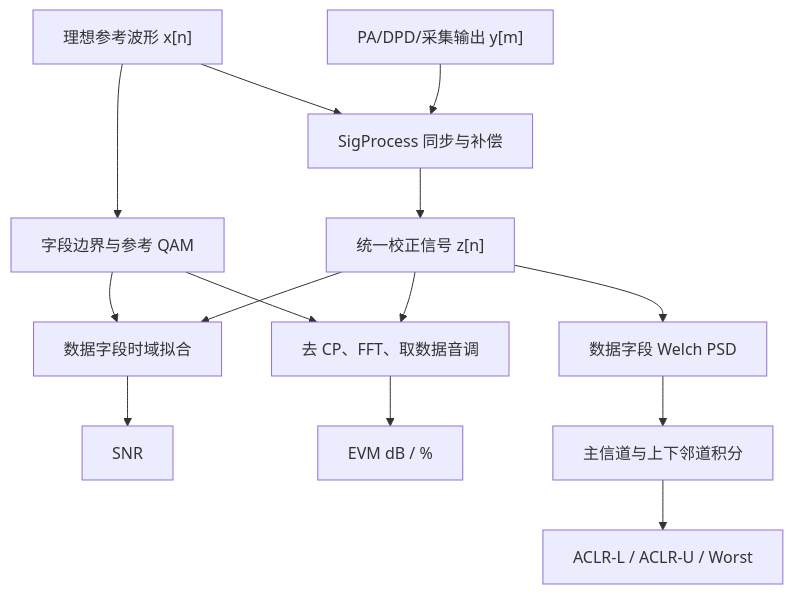
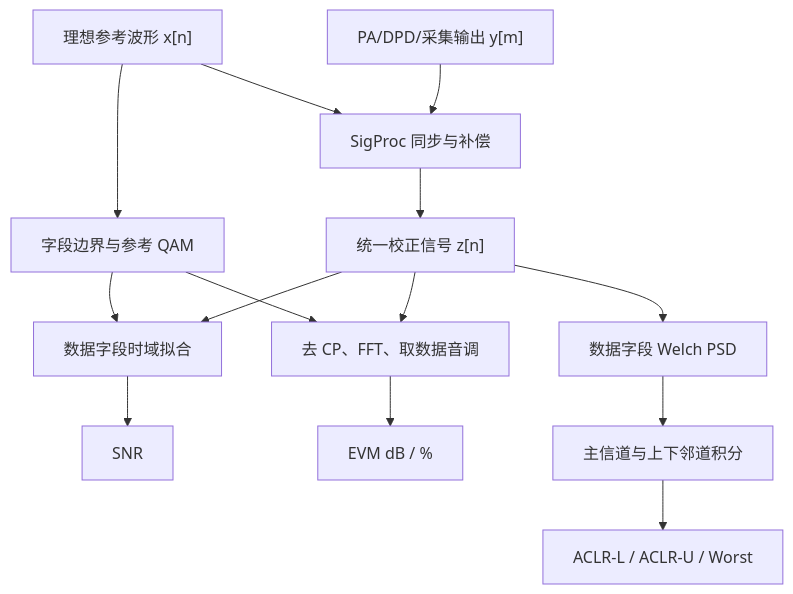
One commit to niyilu45/DPD_ILC changed the first of 9 diagrams in doc/Analysis.md. Above: the diagram before and after it, drawn with Mermaid. The commit also changed other lines of this file and 19 other files, not shown here.

````diff
--- a/doc/Analysis.md
+++ b/doc/Analysis.md
@@ -16,16 +16,16 @@
 ```mermaid
 flowchart TB
     A["理想参考波形 x[n]"] --> B["字段边界与参考 QAM"]
-    C["PA/DPD/采集输出 y[m]"] --> D["SigProcess 同步与补偿"]
+    C["PA/DPD/采集输出 y[m]"] --> D["SigProc 同步与补偿"]
     A --> D
     D --> corrected["统一校正信号 z[n]"]
     B --> E["数据字段时域拟合"]
     corrected --> E
     E --> F["SNR"]
     B --> G["去 CP、FFT、取数据音调"]
     corrected --> G
     G --> I["EVM dB / %"]
     corrected --> J["数据字段 Welch PSD"]
     J --> K["主信道与上下邻道积分"]
     K --> L["ACLR-L / ACLR-U / Worst"]
 ```
````
